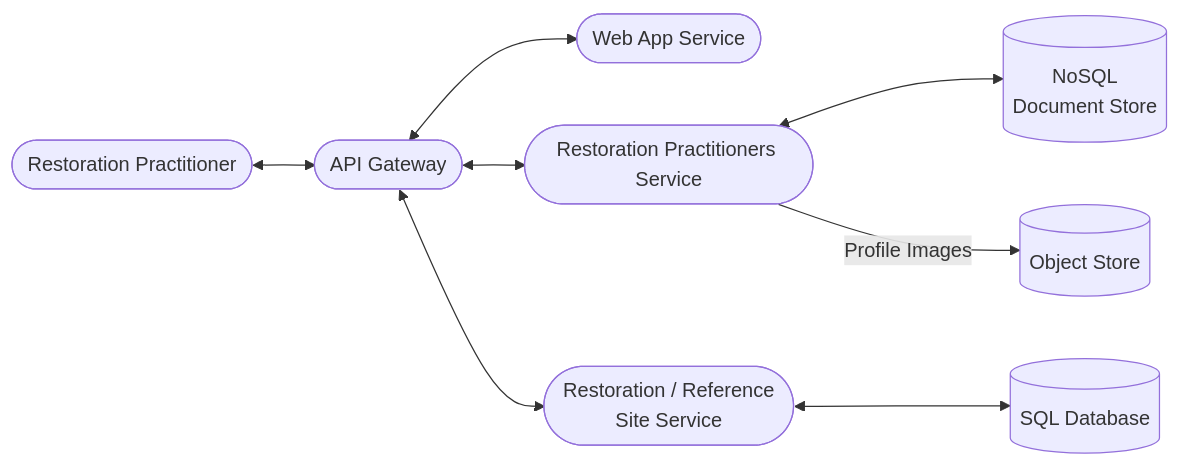
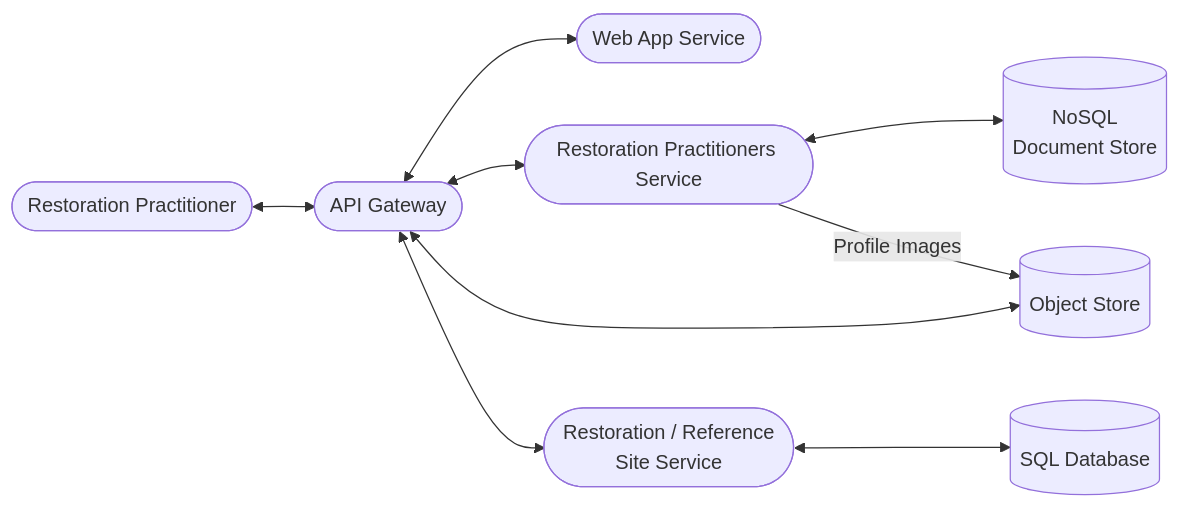
The fourth of 4 diagrams in README.md (maulikdave-fh/bdi), drawn with Mermaid before and after one commit.

````diff
--- a/README.md
+++ b/README.md
@@ -125,10 +125,11 @@
 ```mermaid
     flowchart LR
         RP([Restoration Practitioner]) <--> APIGateway([API Gateway])
         APIGateway <--> WebApp([Web App Service])
         APIGateway <--> RPS([Restoration Practitioners Service])
         RPS <--> RPSSQL[(NoSQL<br/> Document Store)]
         RPS --> |Profile Images| ObjStore[(Object Store)]
         APIGateway <--> Site([Restoration / Reference<br/> Site Service])
         Site <--> RSSSQL[(SQL Database)]
+        APIGateway <--> ObjStore
 ```
````
